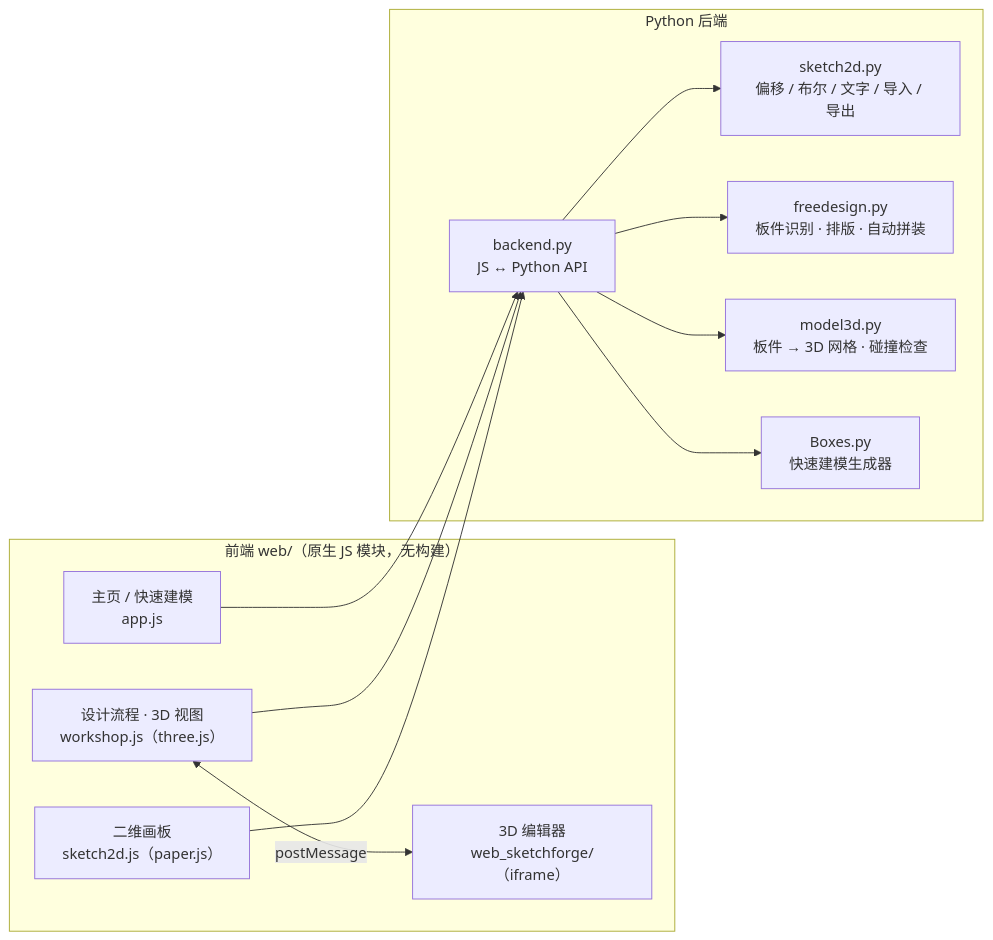
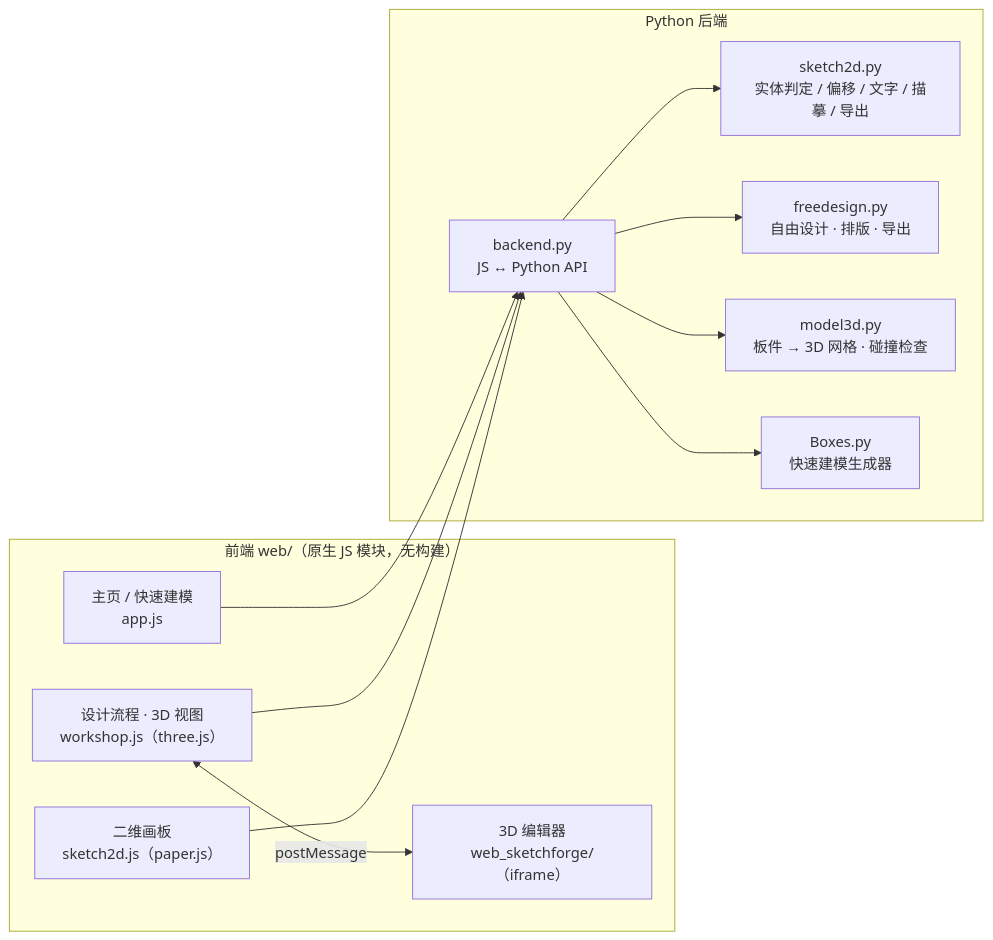
One commit to makerseed201808/SeedLaser changed the diagram in README.md. Above: the diagram before and after it, drawn with Mermaid. The commit also changed other lines of this file and 34 other files, not shown here.

````diff
--- a/README.md
+++ b/README.md
@@ -128,21 +128,21 @@
 ```mermaid
 flowchart LR
   subgraph UI["前端 web/（原生 JS 模块，无构建）"]
     home["主页 / 快速建模<br/>app.js"]
     ws["设计流程 · 3D 视图<br/>workshop.js（three.js）"]
     sk["二维画板<br/>sketch2d.js（paper.js）"]
     sf["3D 编辑器<br/>web_sketchforge/（iframe）"]
   end
   subgraph PY["Python 后端"]
     api["backend.py<br/>JS ↔ Python API"]
-    s2["sketch2d.py<br/>偏移 / 布尔 / 文字 / 导入 / 导出"]
-    fd["freedesign.py<br/>板件识别 · 排版 · 自动拼装"]
+    s2["sketch2d.py<br/>实体判定 / 偏移 / 文字 / 描摹 / 导出"]
+    fd["freedesign.py<br/>自由设计 · 排版 · 导出"]
     m3["model3d.py<br/>板件 → 3D 网格 · 碰撞检查"]
     bx["Boxes.py<br/>快速建模生成器"]
   end
   home --> api
   ws --> api
   sk --> api
   ws <-->|postMessage| sf
   api --> s2 & fd & m3 & bx
 ```
````
